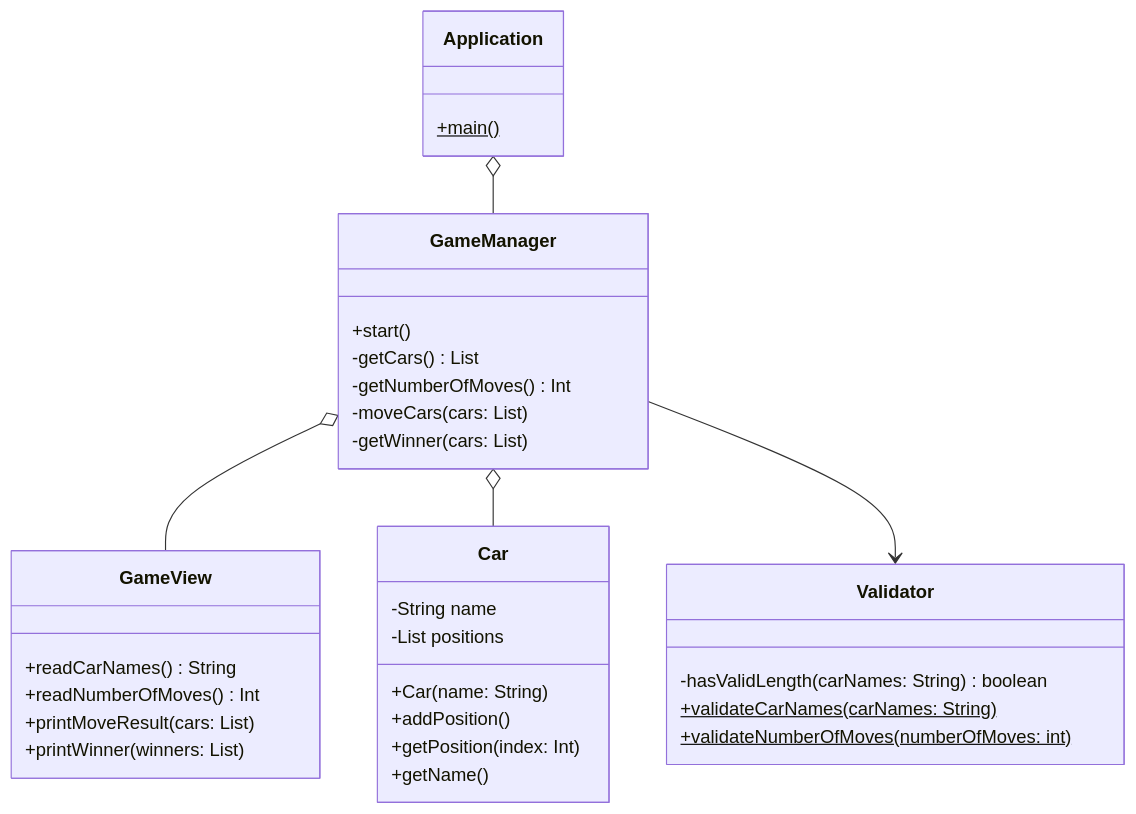
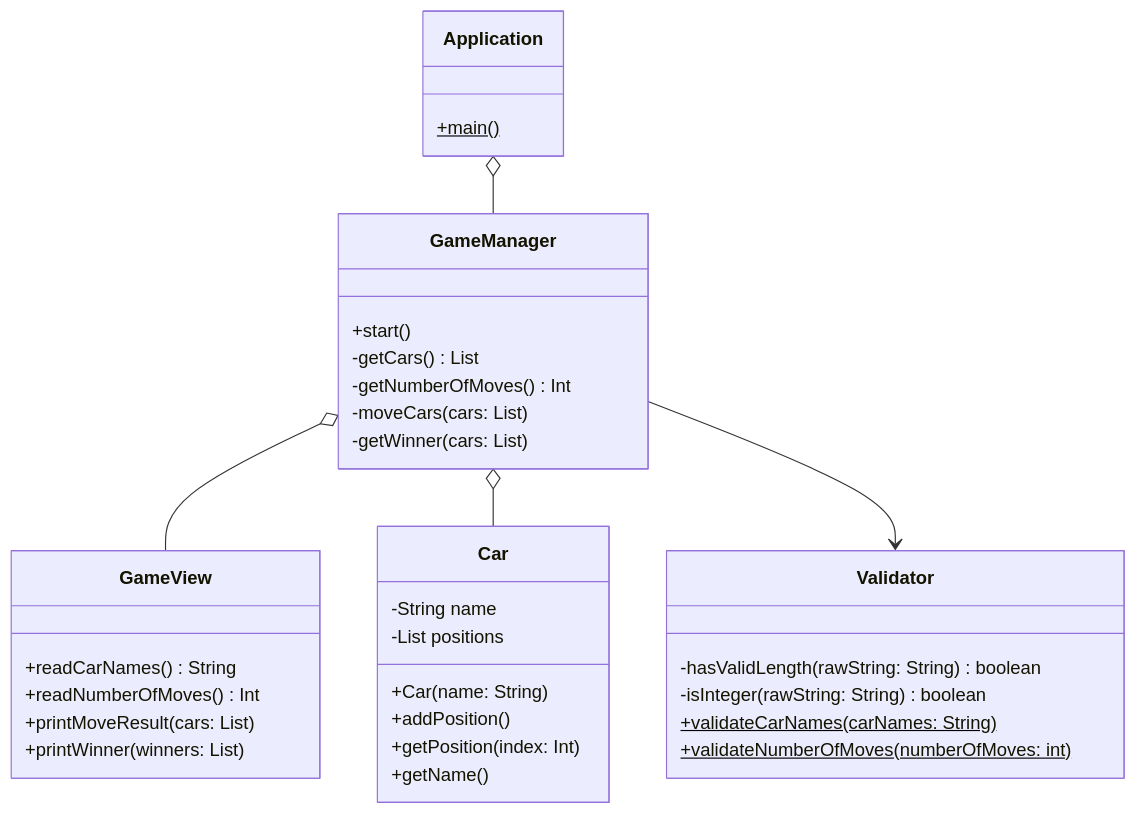
Before and after one commit to woowacourse-precourse/java-racingcar-6: the second of 3 diagrams in docs/README.md, drawn with Mermaid. The commit also changed other lines of this file, not shown here.

Commit message:
docs: adding validate process function for V-02-2

````diff
--- a/docs/README.md
+++ b/docs/README.md
@@ -64,37 +64,38 @@
 ```mermaid
 classDiagram
   Application o-- GameManager
   GameManager o-- GameView
   GameManager o-- Car
   GameManager --> Validator
   class Car{
     -String name
     -List<Integer> positions
     +Car(name: String)
     +addPosition()
     +getPosition(index: Int)
     +getName()
   }
   class GameManager{
     +start()
     -getCars() List<Car>
     -getNumberOfMoves() Int
     -moveCars(cars: List<Car>)
     -getWinner(cars: List<Car>)
   }
   class GameView{
     +readCarNames() String
     +readNumberOfMoves() Int
     +printMoveResult(cars: List<Car>)
     +printWinner(winners: List<Car>)
   }
   class Validator{
-    -hasValidLength(carNames: String) boolean
+    -hasValidLength(rawString: String) boolean
+    -isInteger(rawString: String) boolean
     +validateCarNames(carNames: String)$
     +validateNumberOfMoves(numberOfMoves: int)$
   }
   class Application{
     +main()$
   }
 
 ```
````
